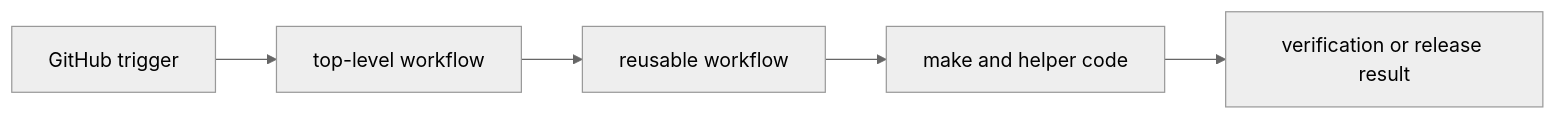
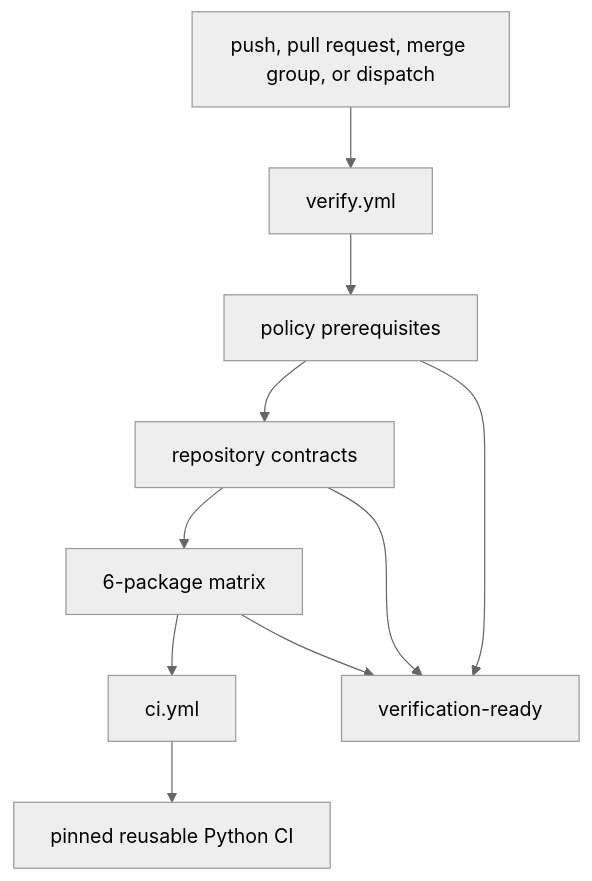
One commit to bijux/bijux-canon changed the diagram in docs/07-bijux-canon-maintain/gh-workflows/index.md. Above: the diagram before and after it, drawn with Mermaid (neutral theme). The commit also changed other lines of this file and 2 other files, not shown here.

Commit message:
docs(validation): trace gates and workflow execution

````diff
--- a/docs/07-bijux-canon-maintain/gh-workflows/index.md
+++ b/docs/07-bijux-canon-maintain/gh-workflows/index.md
@@ -23,10 +19,16 @@
 ```mermaid
-flowchart LR
-    trigger["GitHub trigger"]
-    workflow["top-level workflow"]
-    reusable["reusable workflow"]
-    commands["make and helper code"]
-    result["verification or release result"]
+flowchart TD
+    event["push, pull request, merge group, or dispatch"]
+    verify["verify.yml"]
+    policy["policy prerequisites"]
+    repository["repository contracts"]
+    matrix["6-package matrix"]
+    ci["ci.yml"]
+    upstream["pinned reusable Python CI"]
+    ready["verification-ready"]
 
-    trigger --> workflow --> reusable --> commands --> result
+    event --> verify --> policy --> repository --> matrix --> ci --> upstream
+    policy --> ready
+    repository --> ready
+    matrix --> ready
 ```
````
